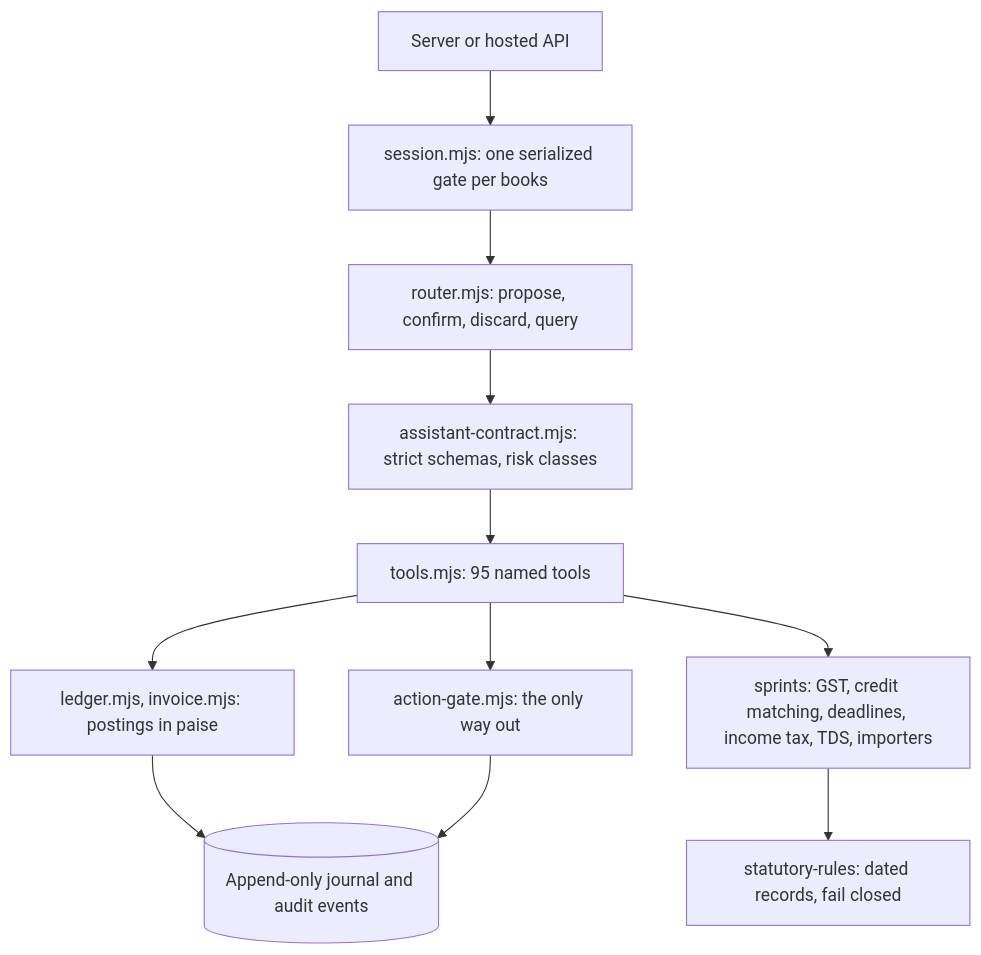
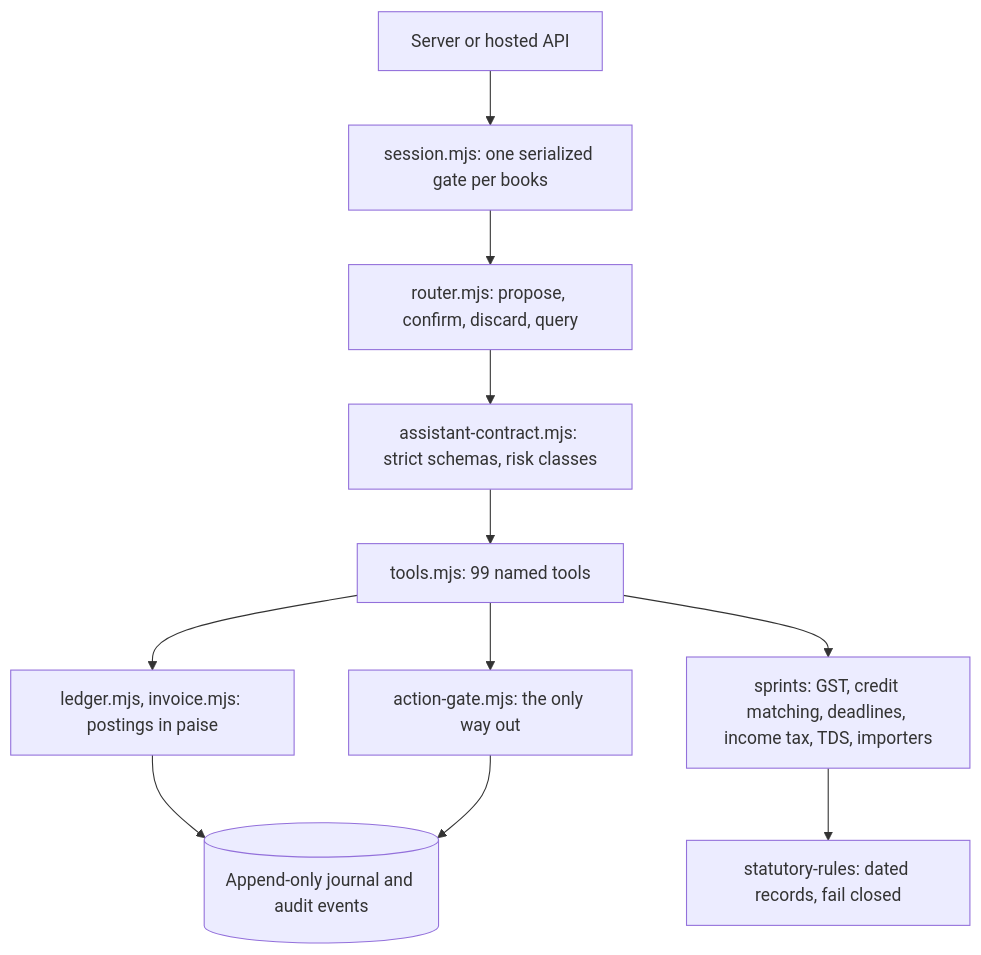
One commit to Vidyuthlabstechnologies/myca changed the second of 3 diagrams in docs/architecture/ARCHITECTURE.md. Above: the diagram before and after it, drawn with Mermaid. The commit also changed other lines of this file and 14 other files, not shown here.

````diff
--- a/docs/architecture/ARCHITECTURE.md
+++ b/docs/architecture/ARCHITECTURE.md
@@ -56,13 +56,13 @@
 ```mermaid
 flowchart TD
   caller[Server or hosted API] --> session[session.mjs: one serialized gate per books]
   session --> router[router.mjs: propose, confirm, discard, query]
   router --> contract[assistant-contract.mjs: strict schemas, risk classes]
-  contract --> tools[tools.mjs: 95 named tools]
+  contract --> tools[tools.mjs: 99 named tools]
   tools --> ledger[ledger.mjs, invoice.mjs: postings in paise]
   tools --> engines[sprints: GST, credit matching, deadlines, income tax, TDS, importers]
   tools --> gate[action-gate.mjs: the only way out]
   engines --> rules[statutory-rules: dated records, fail closed]
   ledger --> journal[(Append-only journal and audit events)]
   gate --> journal
 ```
````
